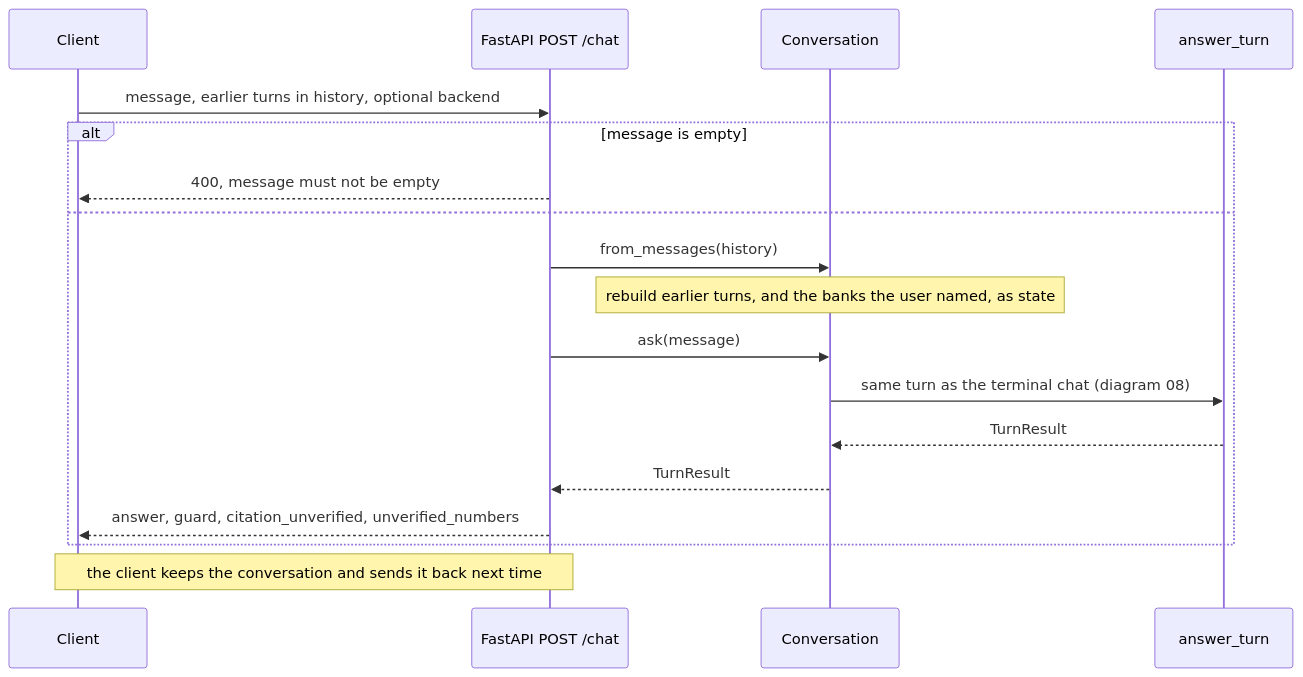
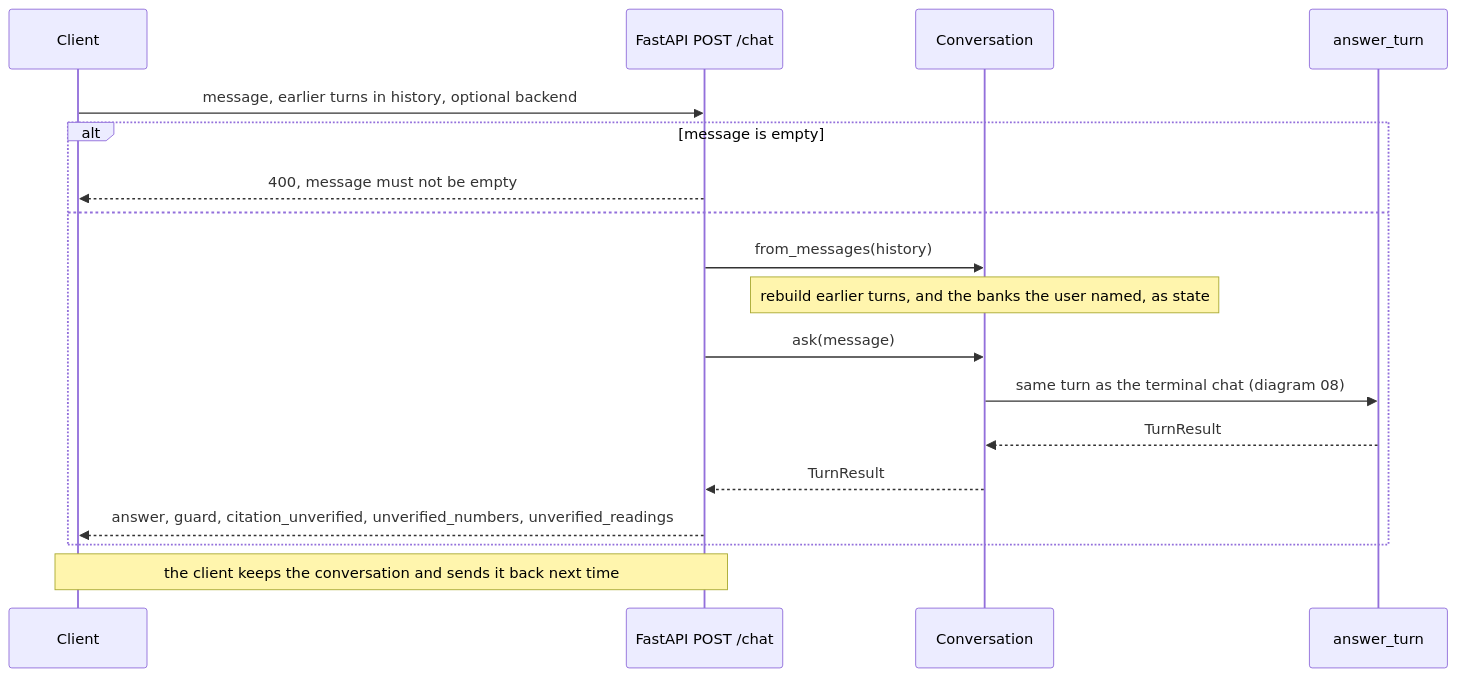
The diagram in docs/diagrams/src/13-api-chat.mmd (Gavingyh/plp-project), drawn with Mermaid before and after one commit. The commit also changed 50 other files, not shown here.

```diff
--- a/docs/diagrams/src/13-api-chat.mmd
+++ b/docs/diagrams/src/13-api-chat.mmd
@@ -1,22 +1,22 @@
 sequenceDiagram
   accTitle: API chat sequence
   accDescr: The client sends the new message with the earlier turns; the API rebuilds a conversation from them, runs one turn exactly as the terminal chat does, and returns the answer with the guard and check results.
 
   participant client as Client
   participant api as FastAPI POST /chat
   participant conv as Conversation
   participant turn as answer_turn
 
   client->>api: message, earlier turns in history, optional backend
   alt message is empty
     api-->>client: 400, message must not be empty
   else
     api->>conv: from_messages(history)
     Note over conv: rebuild earlier turns, and the banks the user named, as state
     api->>conv: ask(message)
     conv->>turn: same turn as the terminal chat (diagram 08)
     turn-->>conv: TurnResult
     conv-->>api: TurnResult
-    api-->>client: answer, guard, citation_unverified, unverified_numbers
+    api-->>client: answer, guard, citation_unverified, unverified_numbers, unverified_readings
   end
   Note over client,api: the client keeps the conversation and sends it back next time
```
